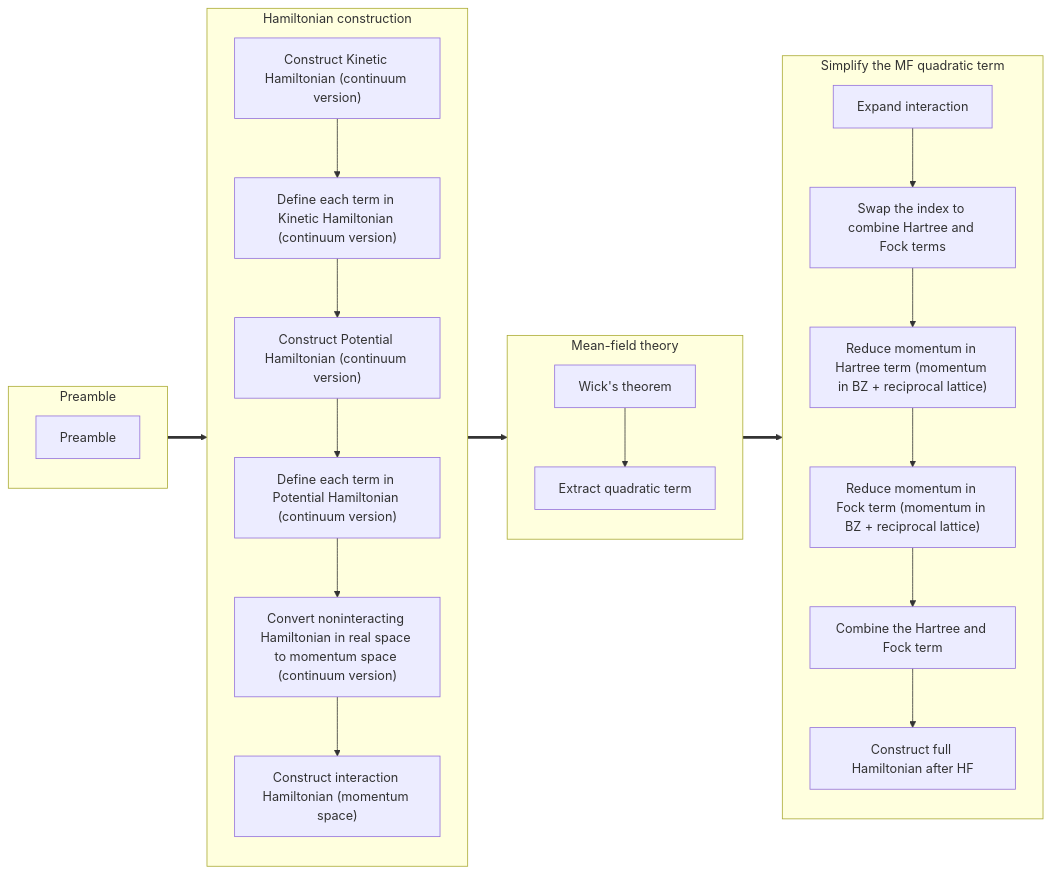
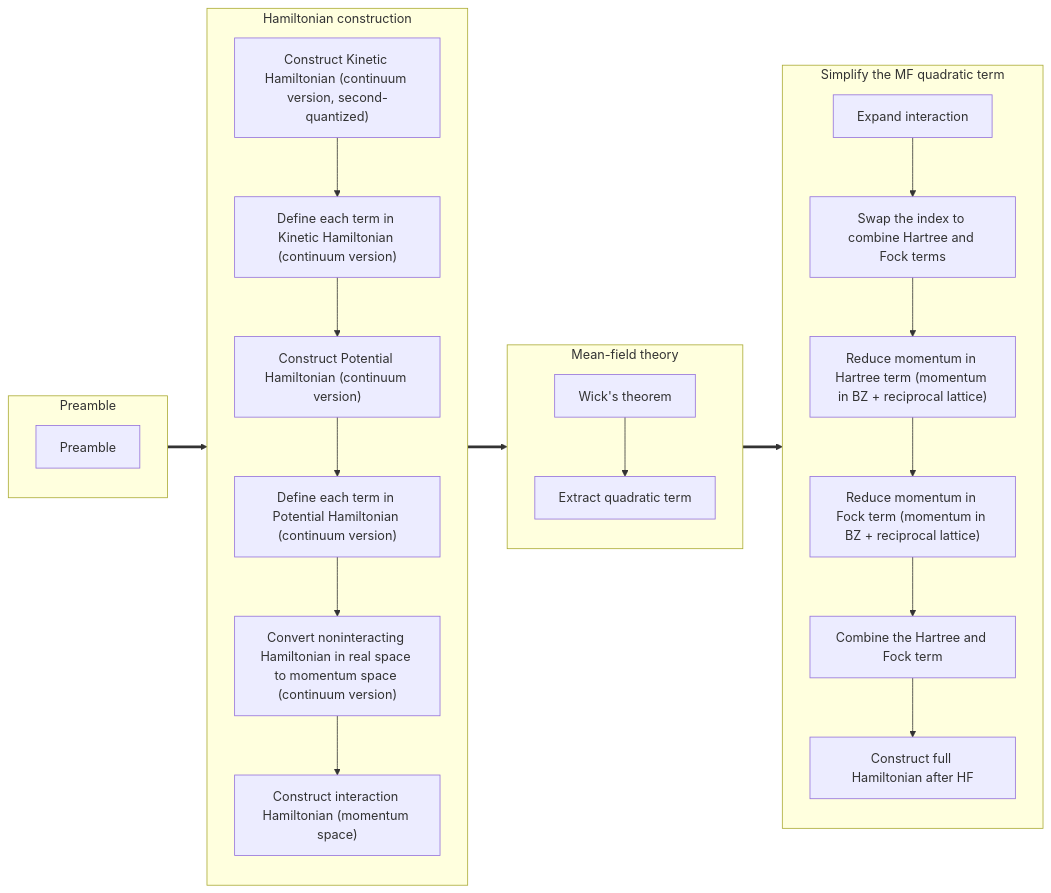
One commit to hainingpan/HartreeFock_GPT changed the ninth of 9 diagrams in workflow.md. Above: the diagram before and after it, drawn with Mermaid. The commit also changed other lines of this file and 4 other files, not shown here.

````diff
--- a/workflow.md
+++ b/workflow.md
@@ -397,44 +398,44 @@
 ```mermaid
 flowchart LR
     subgraph A["Preamble"]
         direction TB
         a1["Preamble"]
     end
     subgraph B["Hamiltonian construction"]
         direction TB
-        b1["Construct Kinetic Hamiltonian (continuum version)"]
+        b1["Construct Kinetic Hamiltonian (continuum version, second-quantized)"]
         b2["Define each term in Kinetic Hamiltonian (continuum version)"]
         b3["Construct Potential Hamiltonian (continuum version)"]
         b4["Define each term in Potential Hamiltonian (continuum version)"]
         b7["Convert noninteracting Hamiltonian in real space to momentum space (continuum version)"]
         b8["Construct interaction Hamiltonian (momentum space)"]
         b1-->b2
         b2-->b3
         b3-->b4
         b4-->b7
         b7-->b8
     end
     subgraph C["Mean-field theory"]
         direction TB
         c1["Wick's theorem"]
         c2["Extract quadratic term"]
         c1-->c2
     end
     subgraph E["Simplify the MF quadratic term"]
         direction TB
         e1["Expand interaction"]
         e2["Swap the index to combine Hartree and Fock terms"]
         e3["Reduce momentum in Hartree term (momentum in BZ + reciprocal lattice)"]
         e4["Reduce momentum in Fock term (momentum in BZ + reciprocal lattice)"]
         e5["Combine the Hartree and Fock term"]
         e6["Construct full Hamiltonian after HF"]
         e1-->e2
         e2-->e3
         e3-->e4
         e4-->e5
         e5-->e6
     end
     A==>B
     B==>C
     C==>E
 ```
````
